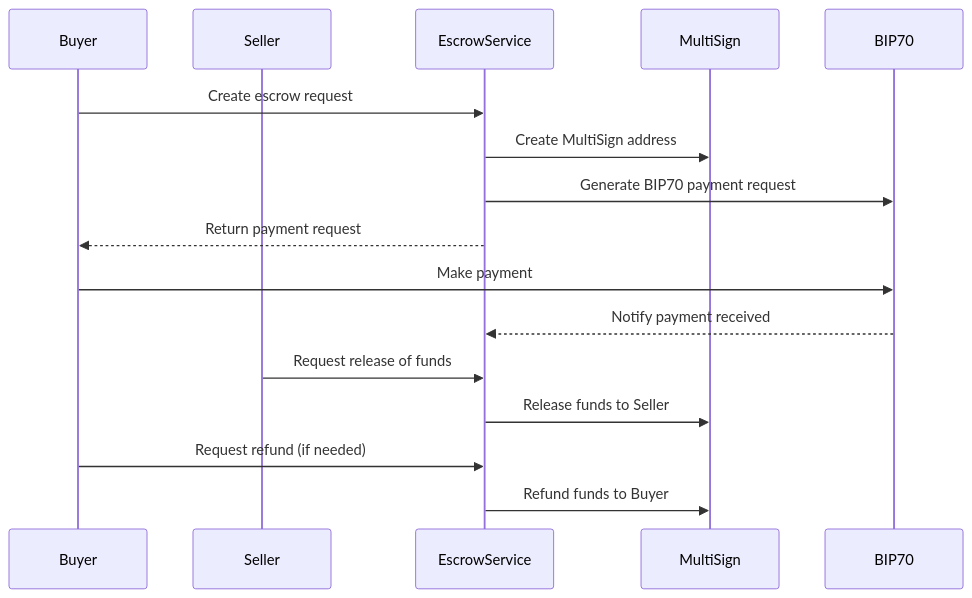
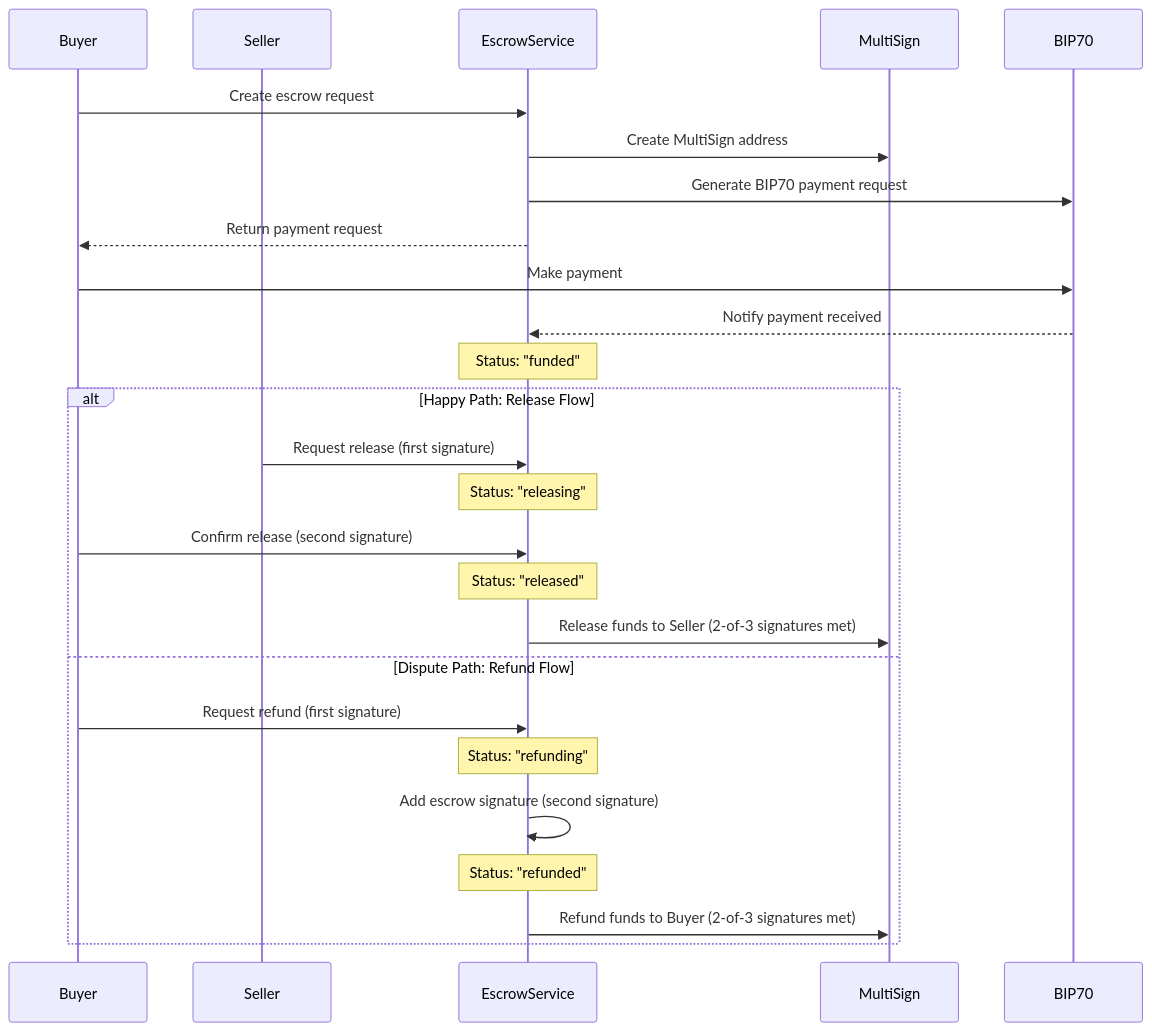
The diagram in README.md (cqhung1412/bip70-multisign-demo), drawn with Mermaid before and after one commit. The commit also changed other lines of this file and 5 other files, not shown here.

````diff
--- a/README.md
+++ b/README.md
@@ -21,20 +23,29 @@
 ```mermaid
 sequenceDiagram
     participant Buyer
     participant Seller
     participant EscrowService
 
     Buyer->>EscrowService: Create escrow request
     EscrowService->>MultiSign: Create MultiSign address
     EscrowService->>BIP70: Generate BIP70 payment request
     EscrowService-->>Buyer: Return payment request
 
     Buyer->>BIP70: Make payment
     BIP70-->>EscrowService: Notify payment received
+    Note over EscrowService: Status: "funded"
 
-    Seller->>EscrowService: Request release of funds
-    EscrowService->>MultiSign: Release funds to Seller
-
-    Buyer->>EscrowService: Request refund (if needed)
-    EscrowService->>MultiSign: Refund funds to Buyer
+    alt Happy Path: Release Flow
+        Seller->>EscrowService: Request release (first signature)
+        Note over EscrowService: Status: "releasing"
+        Buyer->>EscrowService: Confirm release (second signature)
+        Note over EscrowService: Status: "released"
+        EscrowService->>MultiSign: Release funds to Seller (2-of-3 signatures met)
+    else Dispute Path: Refund Flow
+        Buyer->>EscrowService: Request refund (first signature)
+        Note over EscrowService: Status: "refunding"
+        EscrowService->>EscrowService: Add escrow signature (second signature)
+        Note over EscrowService: Status: "refunded"
+        EscrowService->>MultiSign: Refund funds to Buyer (2-of-3 signatures met)
+    end
 ```
````
